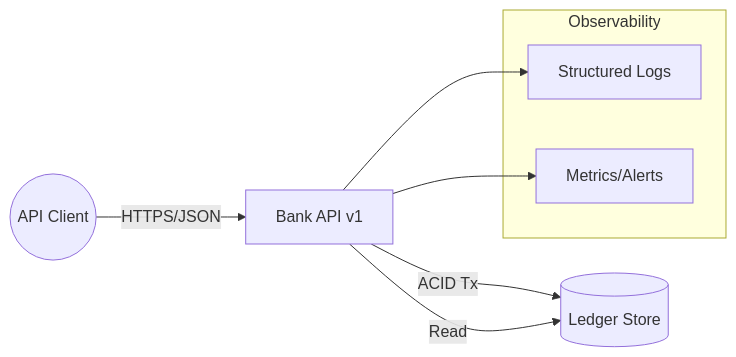
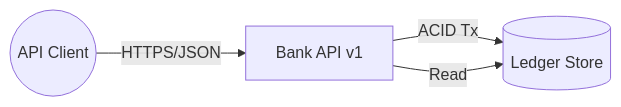
Before and after one commit to purinx/pekko-bank: the diagram in docs/spec/requirements.md, drawn with Mermaid. The commit also changed other lines of this file, not shown here.

````diff
--- a/docs/spec/requirements.md
+++ b/docs/spec/requirements.md
@@ -37,12 +71,6 @@
 ```mermaid
 flowchart LR
   Client((API Client)) -- HTTPS/JSON --> API[Bank API v1]
   API -- ACID Tx --> Ledger[(Ledger Store)]
   API -- Read --> Ledger
-  subgraph Observability
-    Logs[Structured Logs]
-    Metrics[Metrics/Alerts]
-  end
-  API --> Logs
-  API --> Metrics
 ```
````
